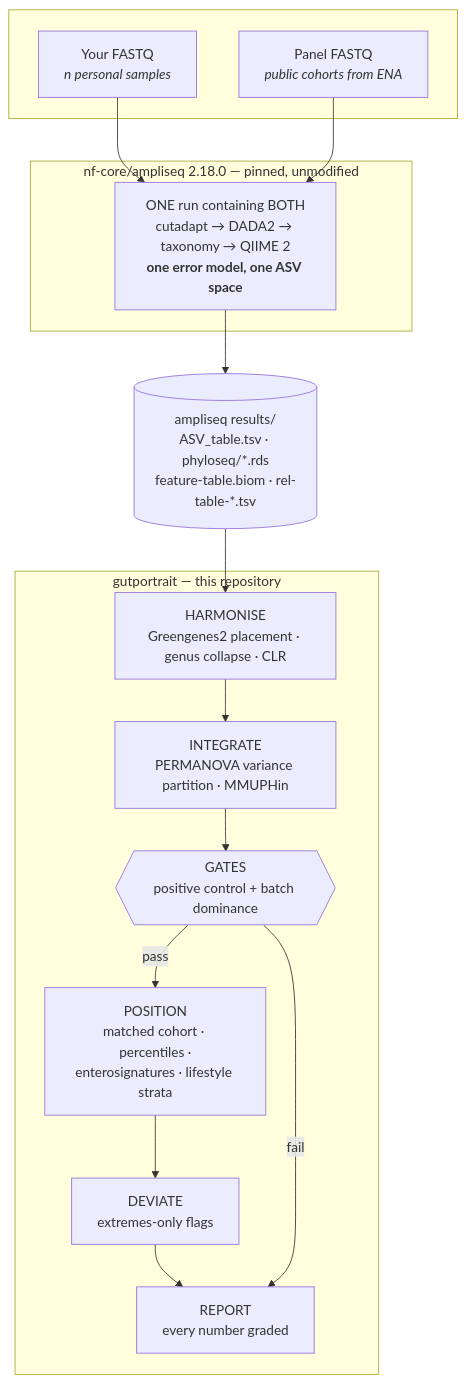
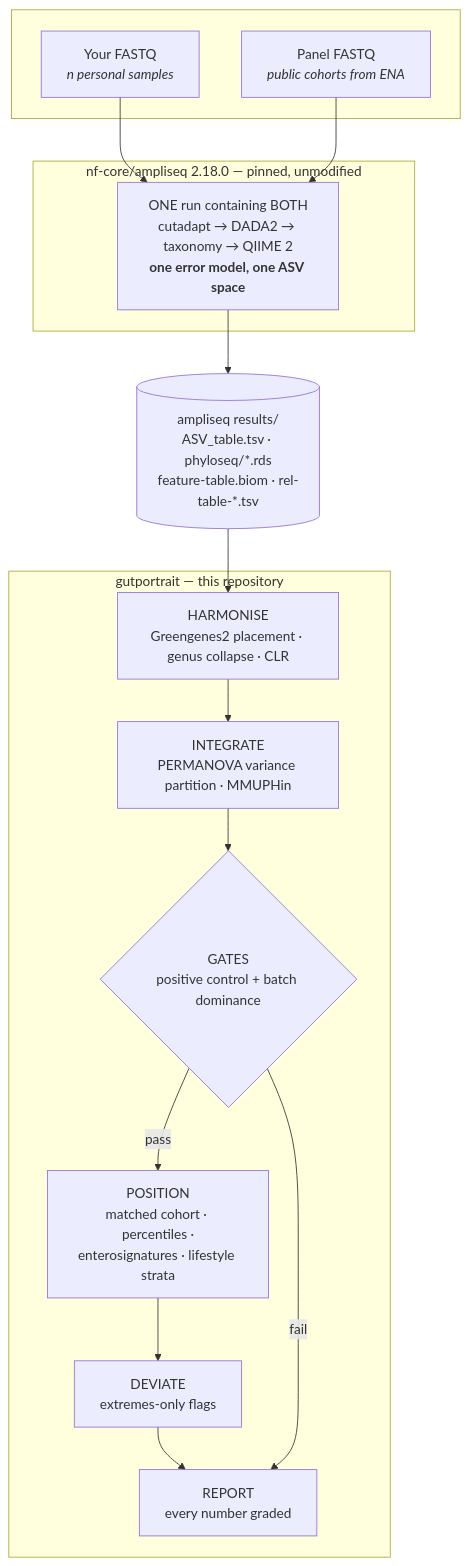
The diagram in README.md (Biocentric/gutportrait), drawn with Mermaid before and after one commit. The commit also changed 1 other file, not shown here.

Commit message:
Fix two lint failures I introduced
- .gitattributes: revert to the template version. The eol=lf pin was added to guard
  against CRLF leaking into the tree, but git cat-file confirmed the committed blobs
  were already LF; the earlier 'CRLF found' reading came from git show applying
  working-tree conversion on output. The pin solved nothing and broke files_unchanged.

- README mermaid: the gate node used {{...}}, mermaid's hexagon shape, which nf-core's
  template_strings check reads as a Jinja template. Switched to {...} (rhombus), which
  is also the semantically correct shape for a decision point.

nf-core pipelines lint: 203 passed, 0 failed.

````diff
--- a/README.md
+++ b/README.md
@@ -53,28 +53,28 @@
 ```mermaid
 flowchart TD
     subgraph inputs [" "]
         A["Your FASTQ<br/><i>n personal samples</i>"]
         B["Panel FASTQ<br/><i>public cohorts from ENA</i>"]
     end
 
     subgraph amp ["nf-core/ampliseq 2.18.0 — pinned, unmodified"]
         C["ONE run containing BOTH<br/>cutadapt → DADA2 → taxonomy → QIIME 2<br/><b>one error model, one ASV space</b>"]
     end
 
     D[("ampliseq results/<br/>ASV_table.tsv · phyloseq/*.rds<br/>feature-table.biom · rel-table-*.tsv")]
 
     subgraph gp ["gutportrait — this repository"]
         E["HARMONISE<br/>Greengenes2 placement · genus collapse · CLR"]
         F["INTEGRATE<br/>PERMANOVA variance partition · MMUPHin"]
-        G{{"GATES<br/>positive control + batch dominance"}}
+        G{"GATES<br/>positive control + batch dominance"}
         H["POSITION<br/>matched cohort · percentiles ·<br/>enterosignatures · lifestyle strata"]
         I["DEVIATE<br/>extremes-only flags"]
         J["REPORT<br/>every number graded"]
     end
 
     A --> C
     B --> C
     C --> D --> E --> F --> G
     G -->|pass| H --> I --> J
     G -->|fail| J
 ```
````
